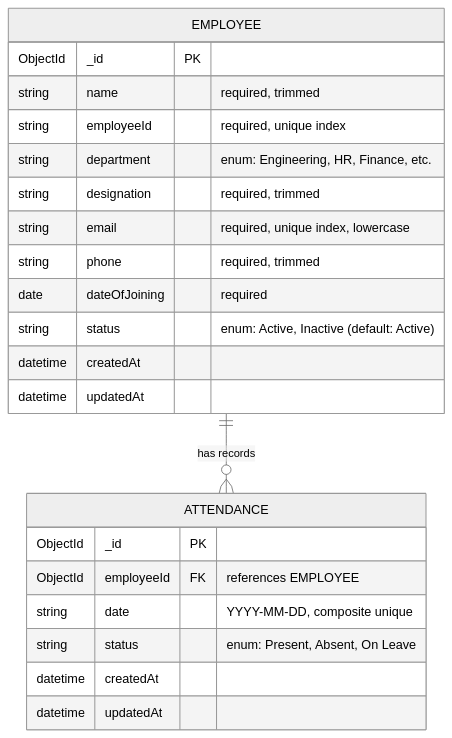
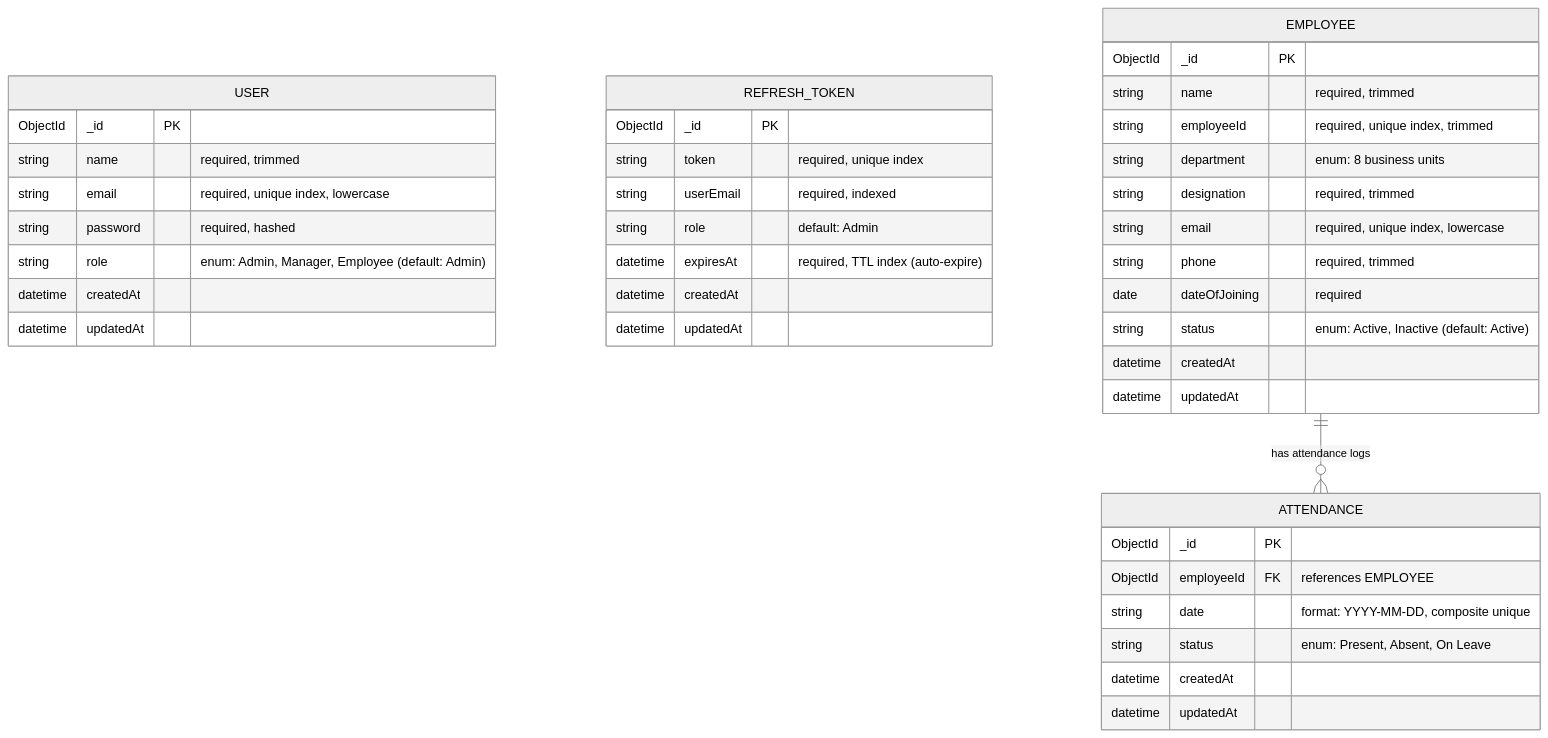
One commit to MAYANKSHARMA01010/Pramyan_Assignment changed the diagram in docs/DATABASE_SCHEMA.md. Above: the diagram before and after it, drawn with Mermaid (neutral theme). The commit also changed other lines of this file and 6 other files, not shown here.

````diff
--- a/docs/DATABASE_SCHEMA.md
+++ b/docs/DATABASE_SCHEMA.md
@@ -9,26 +9,46 @@
 ```mermaid
 erDiagram
-    EMPLOYEE ||--o{ ATTENDANCE : "has records"
+    USER {
+        ObjectId _id PK
+        string name "required, trimmed"
+        string email "required, unique index, lowercase"
+        string password "required, hashed"
+        string role "enum: Admin, Manager, Employee (default: Admin)"
+        datetime createdAt
+        datetime updatedAt
+    }
+
+    REFRESH_TOKEN {
+        ObjectId _id PK
+        string token "required, unique index"
+        string userEmail "required, indexed"
+        string role "default: Admin"
+        datetime expiresAt "required, TTL index (auto-expire)"
+        datetime createdAt
+        datetime updatedAt
+    }
+
+    EMPLOYEE ||--o{ ATTENDANCE : "has attendance logs"
     EMPLOYEE {
         ObjectId _id PK
         string name "required, trimmed"
-        string employeeId "required, unique index"
-        string department "enum: Engineering, HR, Finance, etc."
+        string employeeId "required, unique index, trimmed"
+        string department "enum: 8 business units"
         string designation "required, trimmed"
         string email "required, unique index, lowercase"
         string phone "required, trimmed"
         date dateOfJoining "required"
         string status "enum: Active, Inactive (default: Active)"
         datetime createdAt
         datetime updatedAt
     }
 
     ATTENDANCE {
         ObjectId _id PK
         ObjectId employeeId FK "references EMPLOYEE"
-        string date "YYYY-MM-DD, composite unique"
+        string date "format: YYYY-MM-DD, composite unique"
         string status "enum: Present, Absent, On Leave"
         datetime createdAt
         datetime updatedAt
     }
 ```
````
